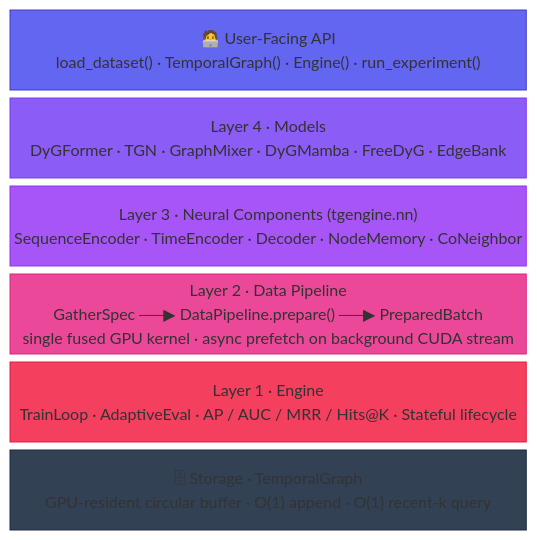
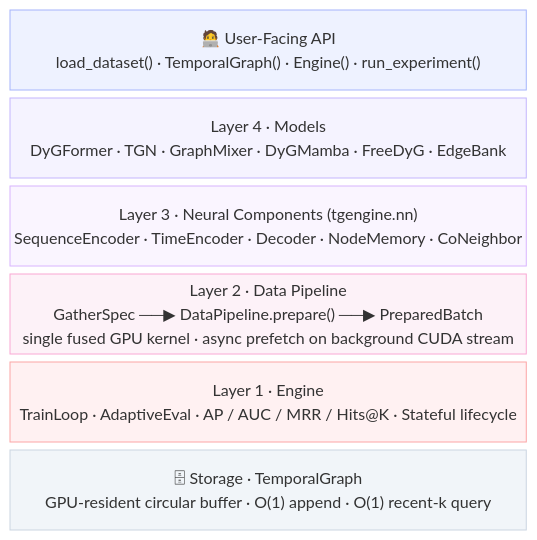
The first of 4 diagrams in README.md (Postroggy/tgengine), drawn with Mermaid before and after one commit.

Commit message:
Lighten architecture diagram colors for readability

````diff
--- a/README.md
+++ b/README.md
@@ -168,17 +168,17 @@
 ```mermaid
 block-beta
   columns 1
   A["🧑‍💻  User-Facing API\nload_dataset() · TemporalGraph() · Engine() · run_experiment()"]
   B["Layer 4 · Models\nDyGFormer · TGN · GraphMixer · DyGMamba · FreeDyG · EdgeBank"]
   C["Layer 3 · Neural Components  (tgengine.nn)\nSequenceEncoder · TimeEncoder · Decoder · NodeMemory · CoNeighbor"]
   D["Layer 2 · Data Pipeline\nGatherSpec ──▶ DataPipeline.prepare() ──▶ PreparedBatch\nsingle fused GPU kernel · async prefetch on background CUDA stream"]
   E["Layer 1 · Engine\nTrainLoop · AdaptiveEval · AP / AUC / MRR / Hits@K · Stateful lifecycle"]
   F["🗄  Storage · TemporalGraph\nGPU-resident circular buffer · O(1) append · O(1) recent-k query"]
 
-  style A fill:#6366f1,color:#fff,stroke:#4338ca
-  style B fill:#8b5cf6,color:#fff,stroke:#7c3aed
-  style C fill:#a855f7,color:#fff,stroke:#9333ea
-  style D fill:#ec4899,color:#fff,stroke:#db2777
-  style E fill:#f43f5e,color:#fff,stroke:#e11d48
-  style F fill:#334155,color:#fff,stroke:#1e293b
+  style A fill:#eef2ff,color:#3730a3,stroke:#a5b4fc
+  style B fill:#f5f3ff,color:#4c1d95,stroke:#c4b5fd
+  style C fill:#faf5ff,color:#6b21a8,stroke:#d8b4fe
+  style D fill:#fdf2f8,color:#9d174d,stroke:#f9a8d4
+  style E fill:#fff1f2,color:#9f1239,stroke:#fca5a5
+  style F fill:#f1f5f9,color:#1e293b,stroke:#cbd5e1
 ```
````
